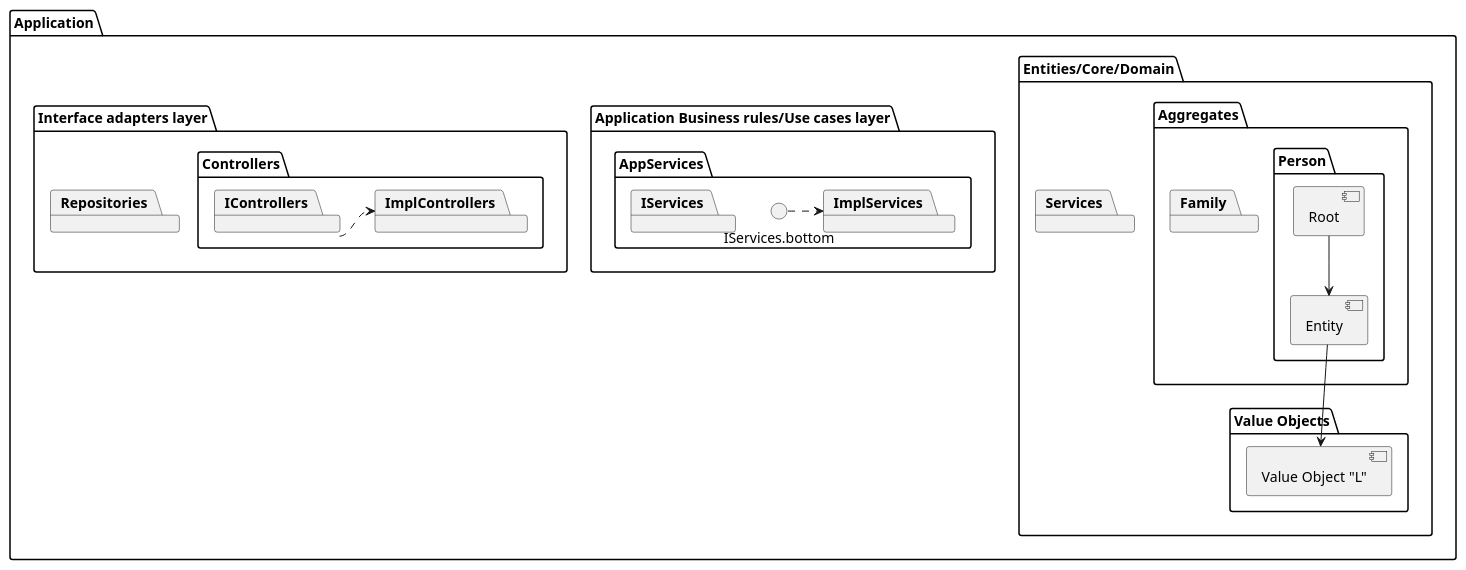
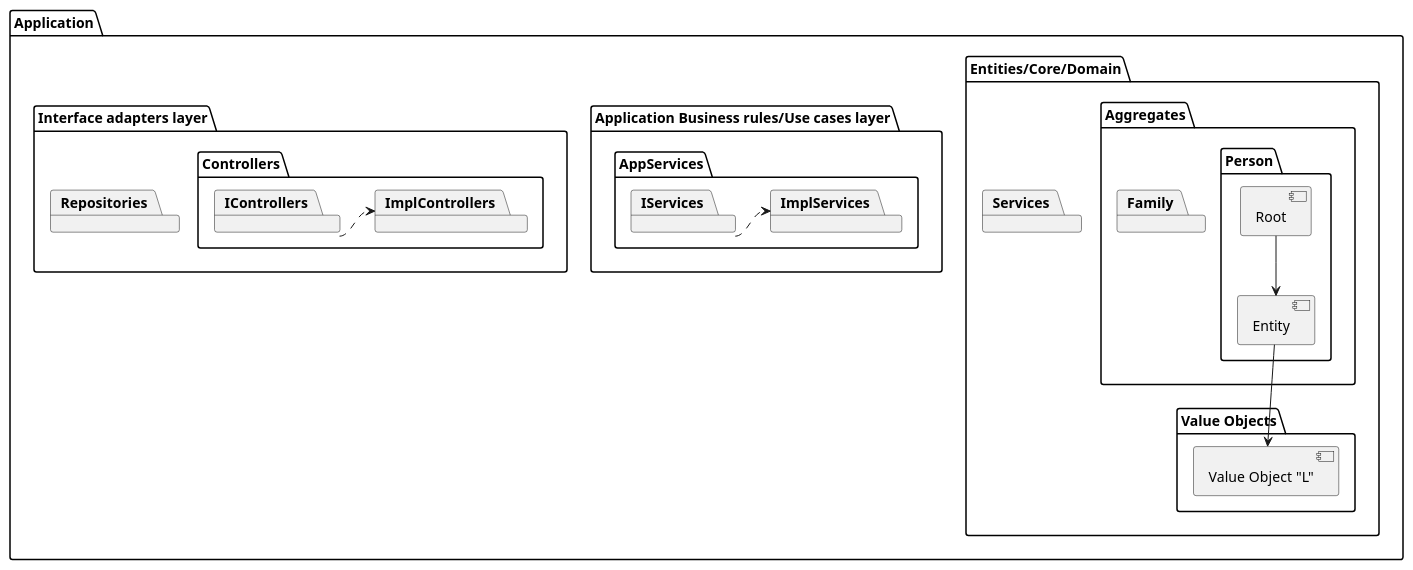
One commit to tomas-osswald/switch_2020_g3 changed the diagram in docs/sprint4/Onion_template.md. Above: the diagram before and after it, drawn with PlantUML. The commit also changed 3 other files, not shown here.

Commit message:
US101 sequence diagram updated

```diff
--- a/docs/sprint4/Onion_template.md
+++ b/docs/sprint4/Onion_template.md
@@ -40,12 +40,10 @@
 package "Application Business rules/Use cases layer" {
 top to bottom direction
 
-
-
  package "AppServices" {
  
  package "IServices" {
- 
+ top to bottom direction
  }
  
  
@@ -53,7 +51,8 @@
  package "ImplServices" {
  
  }
-  IServices.bottom.> ImplServices
+ 
+  IServices.> ImplServices
 
  
  }
```
